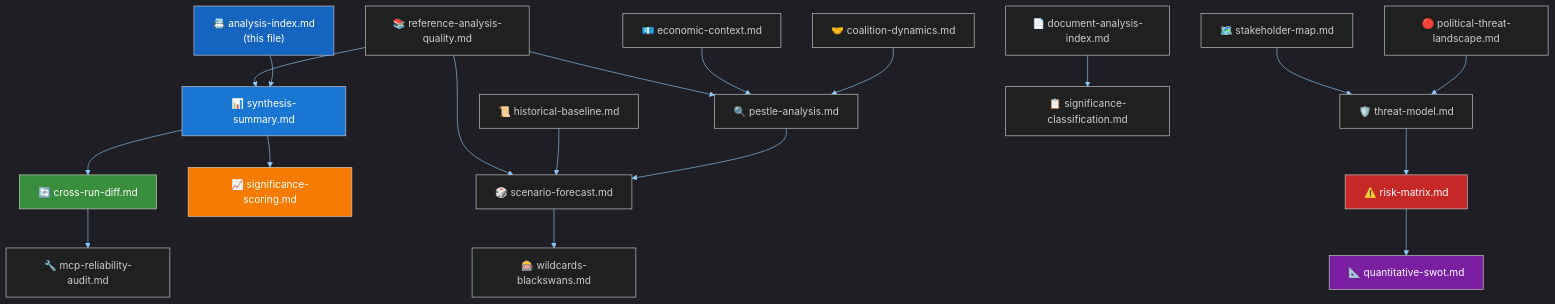
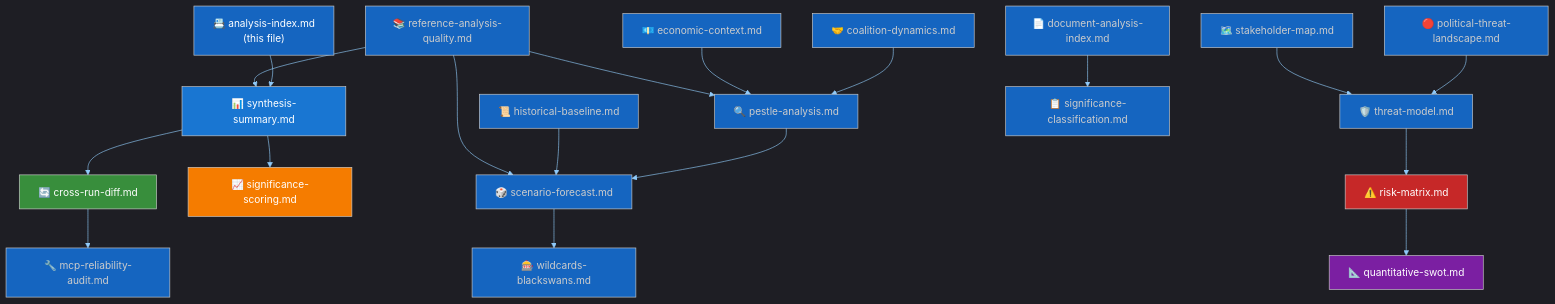
The diagram in analysis/daily/2026-04-19/breaking-run188/intelligence/analysis-index.md (Hack23/euparliamentmonitor), drawn with Mermaid before and after one commit. The commit also changed 13 other files, not shown here.

````diff
--- a/analysis/daily/2026-04-19/breaking-run188/intelligence/analysis-index.md
+++ b/analysis/daily/2026-04-19/breaking-run188/intelligence/analysis-index.md
@@ -105,48 +105,48 @@
 ```mermaid
-%%{init: {"theme":"dark","themeVariables":{"primaryColor":"#1565C0","primaryTextColor":"#ffffff","primaryBorderColor":"#0A3F7F","lineColor":"#90CAF9","fontFamily":"Inter, Helvetica, Arial, sans-serif"}}}%%
+%%{init: {"theme":"dark","themeVariables":{"primaryColor":"#1565C0","primaryTextColor":"#ffffff","primaryBorderColor":"#0A3F7F","lineColor":"#90CAF9","secondaryColor":"#2E7D32","secondaryTextColor":"#ffffff","secondaryBorderColor":"#0F3F00","tertiaryColor":"#FF9800","tertiaryTextColor":"#000000","tertiaryBorderColor":"#7F4F00","mainBkg":"#1565C0","secondBkg":"#2E7D32","tertiaryBkg":"#FF9800","noteBkgColor":"#FFC107","noteTextColor":"#000000","noteBorderColor":"#7F6000","errorBkgColor":"#D32F2F","errorTextColor":"#ffffff","fontFamily":"Inter, Helvetica, Arial, sans-serif","pie1":"#1565C0","pie2":"#2E7D32","pie3":"#FF9800","pie4":"#D32F2F","pie5":"#FFC107","pie6":"#7B1FA2","pie7":"#9E9E9E","pie8":"#0288D1","pie9":"#388E3C","pie10":"#F57C00","pie11":"#C62828","pie12":"#FBC02D","pieTitleTextSize":"18px","pieSectionTextSize":"14px","pieLegendTextSize":"13px","pieStrokeColor":"#1e1e1e","pieOuterStrokeColor":"#1e1e1e","git0":"#1565C0","git1":"#2E7D32","git2":"#FF9800","git3":"#D32F2F","gitBranchLabel0":"#ffffff","gitBranchLabel1":"#ffffff","gitBranchLabel2":"#000000","gitBranchLabel3":"#ffffff","cScale0":"#1565C0","cScale1":"#2E7D32","cScale2":"#FF9800","cScale3":"#D32F2F","cScale4":"#FFC107","cScale5":"#7B1FA2","cScale6":"#9E9E9E","cScale7":"#0288D1","xyChart":{"backgroundColor":"#1e1e1e","plotColorPalette":"#1565C0,#2E7D32,#FF9800,#D32F2F,#FFC107,#7B1FA2,#9E9E9E"}}}}%%
 graph TD
     Index["📇 analysis-index.md<br/>(this file)"]
     Synth["📊 synthesis-summary.md"]
     Diff["🔄 cross-run-diff.md"]
     Sig["📈 significance-scoring.md"]
     Coal["🤝 coalition-dynamics.md"]
     PTL["🔴 political-threat-landscape.md"]
     PEST["🔍 pestle-analysis.md"]
     Scen["🎲 scenario-forecast.md"]
     Stake["🗺️ stakeholder-map.md"]
     TM["🛡️ threat-model.md"]
     WC["🎰 wildcards-blackswans.md"]
     Hist["📜 historical-baseline.md"]
     Econ["💶 economic-context.md"]
     Ref["📚 reference-analysis-quality.md"]
     MCP["🔧 mcp-reliability-audit.md"]
     RM["⚠️ risk-matrix.md"]
     SWOT["📐 quantitative-swot.md"]
     Docs["📄 document-analysis-index.md"]
     SC["📋 significance-classification.md"]
 
     Index --> Synth
     Synth --> Diff
     Synth --> Sig
     Diff --> MCP
     Coal --> PEST
     PTL --> TM
     PEST --> Scen
     Scen --> WC
     Stake --> TM
     TM --> RM
     RM --> SWOT
     Hist --> Scen
     Econ --> PEST
     Docs --> SC
     Ref --> Synth
     Ref --> PEST
     Ref --> Scen
 
     style Index fill:#1565c0,color:#fff
     style Synth fill:#1976d2,color:#fff
     style Diff fill:#388e3c,color:#fff
     style Sig fill:#f57c00,color:#fff
     style RM fill:#c62828,color:#fff
     style SWOT fill:#7b1fa2,color:#fff
 ```
````
